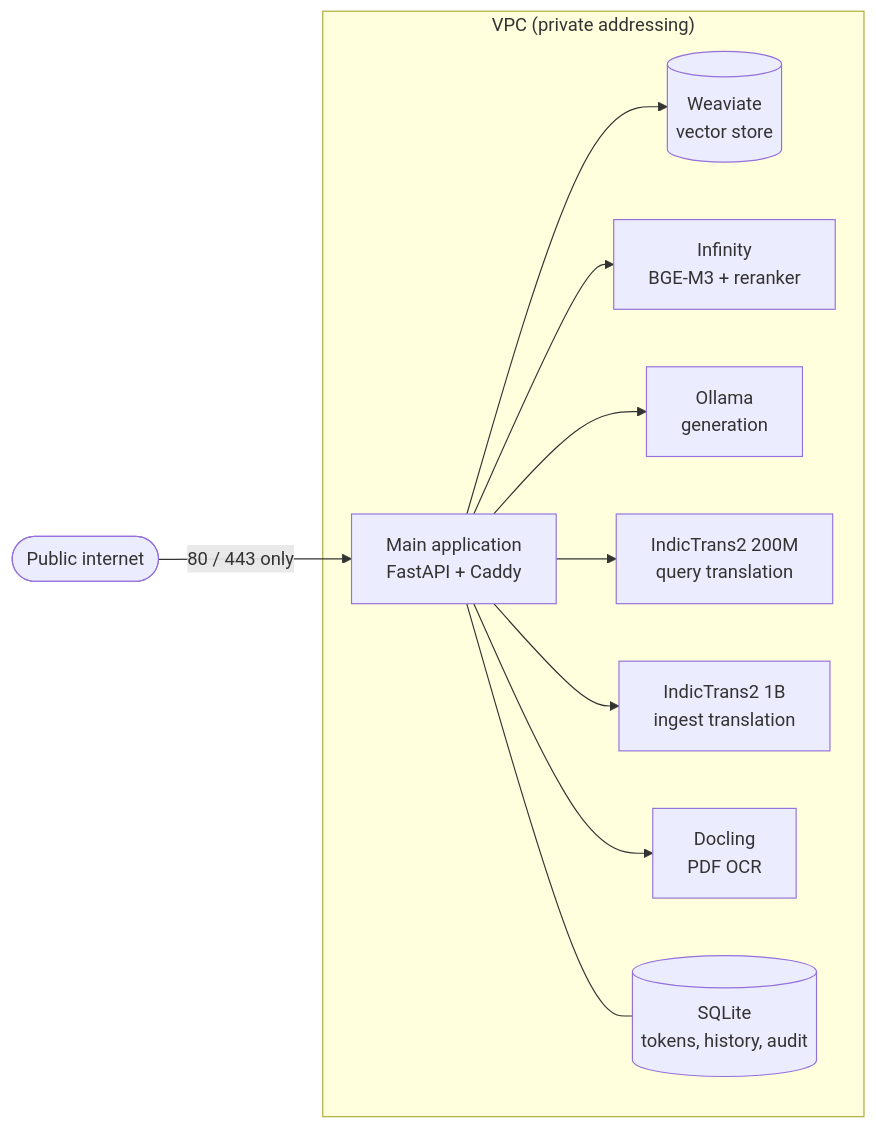
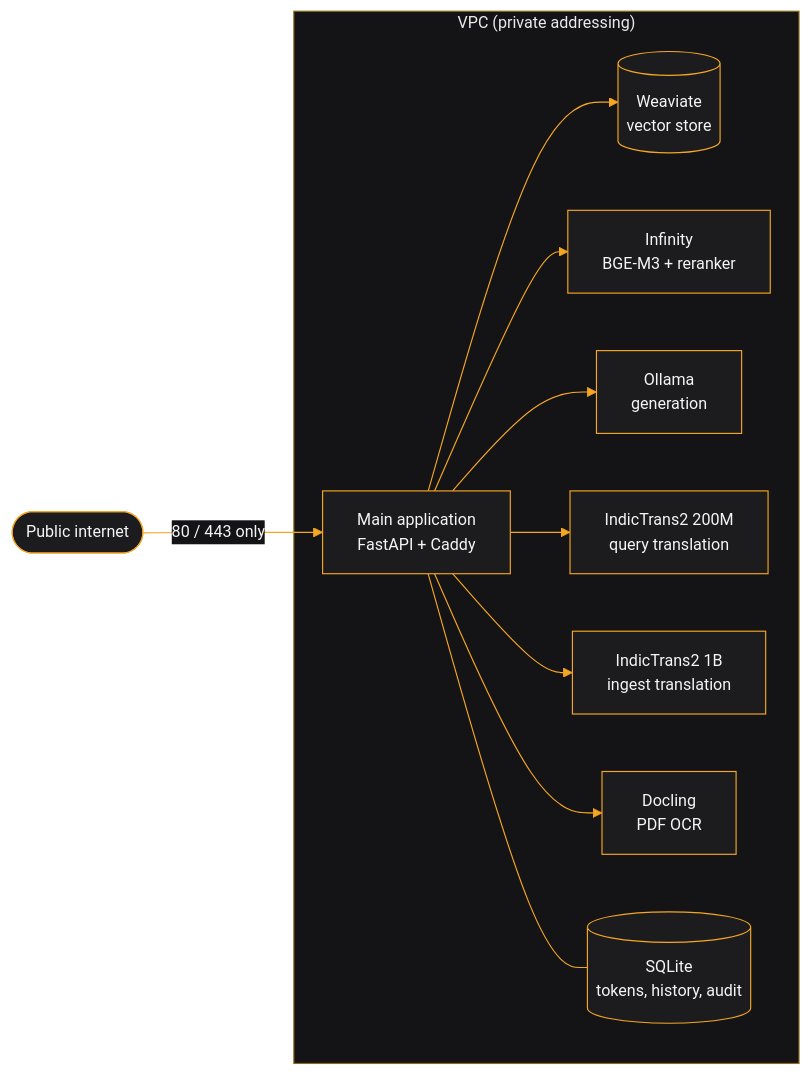
One commit to pushkqr/gov-assist-rag changed the third of 4 diagrams in README.md. Above: the diagram before and after it, drawn with Mermaid. The commit also changed other lines of this file and 1 other file, not shown here.

First line of the commit message:
docs: theme the diagrams and add the two the deck was missing

````diff
--- a/README.md
+++ b/README.md
@@ -75,23 +151,40 @@
 ```mermaid
+%%{init: {
+  'theme': 'base',
+  'themeVariables': {
+    'primaryColor': '#1C1C1E',
+    'primaryTextColor': '#F5F5F5',
+    'primaryBorderColor': '#F5A623',
+    'lineColor': '#F5A623',
+    'secondaryColor': '#2A2A2E',
+    'tertiaryColor': '#141416',
+    'fontFamily': 'Helvetica, Arial, sans-serif',
+    'fontSize': '14px',
+    'clusterBkg': '#141416',
+    'clusterBorder': '#8C6D1F',
+    'edgeLabelBackground': '#141416',
+    'nodeTextColor': '#F5F5F5'
+  }
+} }%%
 graph LR
     Net(["Public internet"]) -->|"80 / 443 only"| App
 
     subgraph VPC["VPC (private addressing)"]
         App["Main application<br/>FastAPI + Caddy"]
         W[("Weaviate<br/>vector store")]
         E["Infinity<br/>BGE-M3 + reranker"]
         G["Ollama<br/>generation"]
         Tq["IndicTrans2 200M<br/>query translation"]
         Ti["IndicTrans2 1B<br/>ingest translation"]
         D["Docling<br/>PDF OCR"]
         S[("SQLite<br/>tokens, history, audit")]
 
         App --- S
         App --> W
         App --> E
         App --> G
         App --> Tq
         App --> Ti
         App --> D
     end
 ```
````
